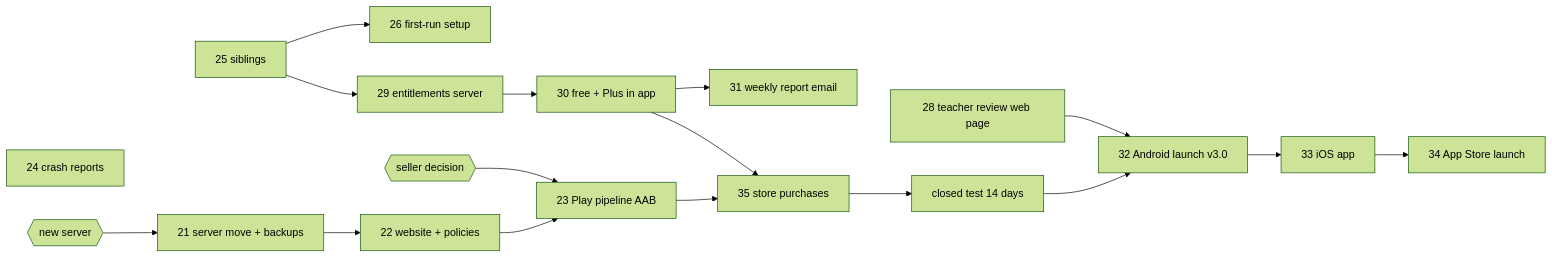
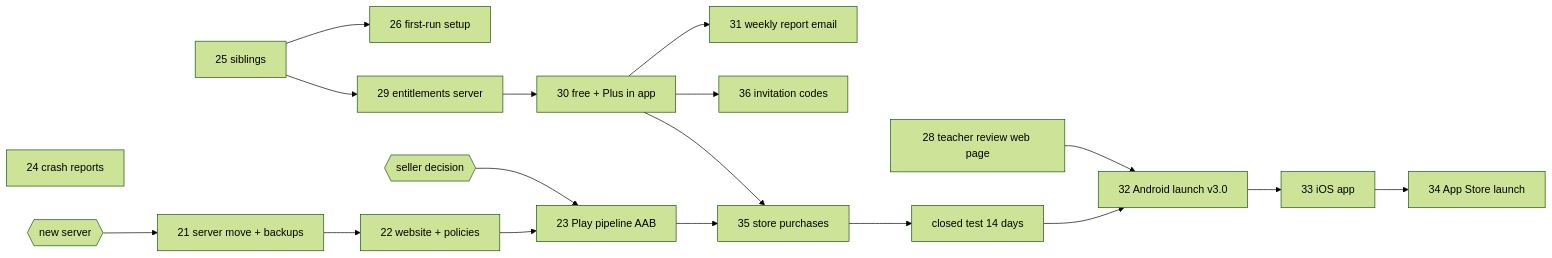
The diagram in docs/05-phase3-plan.md (codeforests/number-ninja), drawn with Mermaid (forest theme) before and after one commit. The commit also changed other lines of this file and 2 other files, not shown here.

First line of the commit message:
docs: phase 3 plan signed off, invitation codes (FEAT-36) [skip ci]

````diff
--- a/docs/05-phase3-plan.md
+++ b/docs/05-phase3-plan.md
@@ -39,20 +39,21 @@
 ```mermaid
 flowchart LR
   F25[25 siblings] --> F26[26 first-run setup]
   F24[24 crash reports]
   F25 --> F29[29 entitlements server]
   F29 --> F30[30 free + Plus in app]
   F30 --> F31[31 weekly report email]
+  F30 --> F36[36 invitation codes]
   F28[28 teacher review web page]
   NS{{new server}} --> F21[21 server move + backups]
   SI{{seller decision}} --> F23
   F21 --> F22[22 website + policies]
   F22 --> F23[23 Play pipeline AAB]
   F23 --> F35[35 store purchases]
   F30 --> F35
   F35 --> CT[closed test 14 days]
   CT --> F32[32 Android launch v3.0]
   F28 --> F32
   F32 --> F33[33 iOS app]
   F33 --> F34[34 App Store launch]
 ```
````
